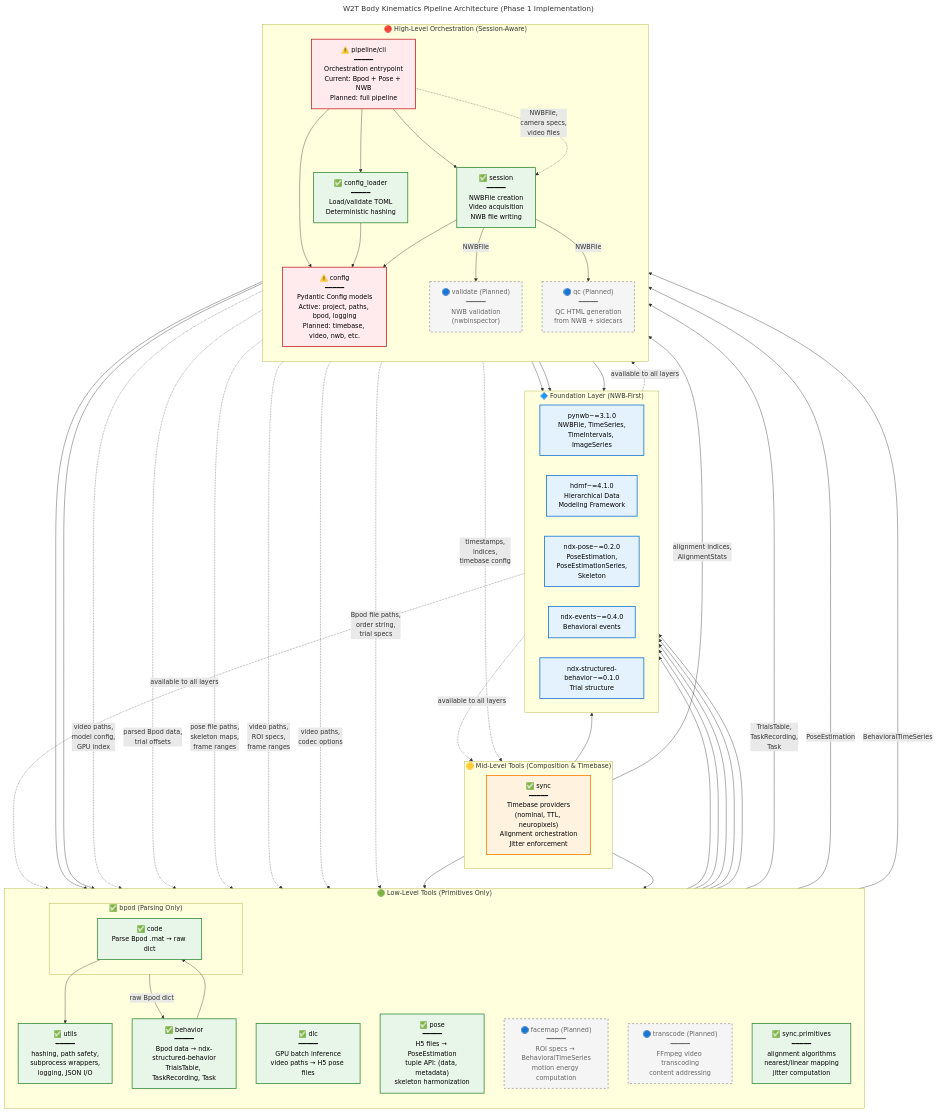
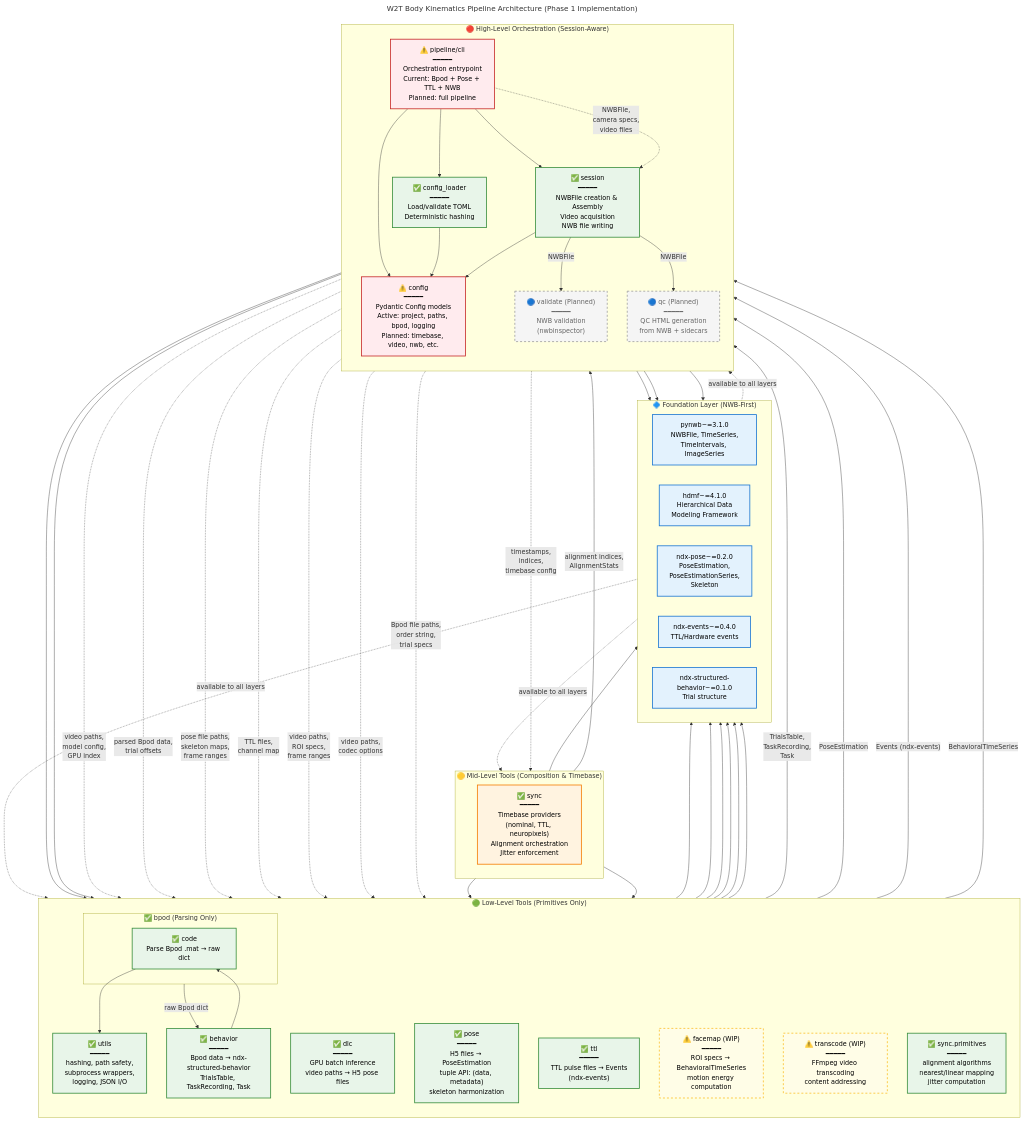
Before and after one commit to BorjaEst/w2t-bkin: the diagram in docs/architecture_diagram.mmd, drawn with Mermaid. The commit also changed 1 other file, not shown here.

Commit message:
Update architecture and design documentation: clarify implementation status and module roles

```diff
--- a/docs/architecture_diagram.mmd
+++ b/docs/architecture_diagram.mmd
@@ -1,157 +1,164 @@
 ---
 title: W2T Body Kinematics Pipeline Architecture (Phase 1 Implementation)
 ---
 graph TD
     %% ============================================================================
     %% LEGEND: Implementation Status
-    %% ✅ Implemented | ⚠️ Partial | 🔵 Planned
+    %% ✅ Implemented | ⚠️ Partial/WIP | 🔵 Planned
     %% ============================================================================
     
     %% ============================================================================
     %% FOUNDATION LAYER (NWB-First)
     %% External dependencies available to all layers
     %% ============================================================================
     subgraph Foundation["🔷 Foundation Layer (NWB-First)"]
         direction LR
         pynwb["pynwb~=3.1.0<br/>NWBFile, TimeSeries,<br/>TimeIntervals, ImageSeries"]
         hdmf["hdmf~=4.1.0<br/>Hierarchical Data<br/>Modeling Framework"]
         ndx_pose["ndx-pose~=0.2.0<br/>PoseEstimation,<br/>PoseEstimationSeries,<br/>Skeleton"]
-        ndx_events["ndx-events~=0.4.0<br/>Behavioral events"]
+        ndx_events["ndx-events~=0.4.0<br/>TTL/Hardware events"]
         ndx_behavior["ndx-structured-behavior~=0.1.0<br/>Trial structure"]
     end
 
     %% ============================================================================
     %% LOW-LEVEL LAYER
     %% Raw files + primitives → NWB-native structures
     %% NEVER imports config, Session, or Manifest
     %% ============================================================================
     subgraph LowLevel["🟢 Low-Level Tools (Primitives Only)"]
         direction TB
         
         utils["✅ utils<br/>━━━━━<br/>hashing, path safety,<br/>subprocess wrappers,<br/>logging, JSON I/O"]
         
         subgraph BpodModule["✅ bpod (Parsing Only)"]
             bpod_code["✅ code<br/>Parse Bpod .mat → raw dict"]
         end
         
         behavior["✅ behavior<br/>━━━━━<br/>Bpod data → ndx-structured-behavior<br/>TrialsTable, TaskRecording, Task"]
         
         dlc["✅ dlc<br/>━━━━━<br/>GPU batch inference<br/>video paths → H5 pose files"]
         
         pose["✅ pose<br/>━━━━━<br/>H5 files → PoseEstimation<br/>tuple API: (data, metadata)<br/>skeleton harmonization"]
         
-        facemap["🔵 facemap (Planned)<br/>━━━━━<br/>ROI specs → BehavioralTimeSeries<br/>motion energy computation"]
+        ttl["✅ ttl<br/>━━━━━<br/>TTL pulse files → Events<br/>(ndx-events)"]
+
+        facemap["⚠️ facemap (WIP)<br/>━━━━━<br/>ROI specs → BehavioralTimeSeries<br/>motion energy computation"]
         
-        transcode["🔵 transcode (Planned)<br/>━━━━━<br/>FFmpeg video transcoding<br/>content addressing"]
+        transcode["⚠️ transcode (WIP)<br/>━━━━━<br/>FFmpeg video transcoding<br/>content addressing"]
         
         sync_primitives["✅ sync.primitives<br/>━━━━━<br/>alignment algorithms<br/>nearest/linear mapping<br/>jitter computation"]
     end
 
     %% ============================================================================
     %% MID-LEVEL LAYER
     %% Composition + timebase, no TOML/filesystem knowledge
     %% ============================================================================
     subgraph MidLevel["🟡 Mid-Level Tools (Composition & Timebase)"]
         direction LR
         
         sync["✅ sync<br/>━━━━━<br/>Timebase providers<br/>(nominal, TTL, neuropixels)<br/>Alignment orchestration<br/>Jitter enforcement"]
     end
 
     %% ============================================================================
     %% HIGH-LEVEL LAYER
     %% Session-aware orchestration, owns Config/Session/filesystem
     %% ============================================================================
     subgraph HighLevel["🔴 High-Level Orchestration (Session-Aware)"]
         direction TB
         
         config_pkg["⚠️ config<br/>━━━━━<br/>Pydantic Config models<br/>Active: project, paths, bpod, logging<br/>Planned: timebase, video, nwb, etc."]
         
         config_loader["✅ config_loader<br/>━━━━━<br/>Load/validate TOML<br/>Deterministic hashing"]
         
-        session_mod["✅ session<br/>━━━━━<br/>NWBFile creation<br/>Video acquisition<br/>NWB file writing"]
+        session_mod["✅ session<br/>━━━━━<br/>NWBFile creation & Assembly<br/>Video acquisition<br/>NWB file writing"]
         
-        pipeline["⚠️ pipeline/cli<br/>━━━━━<br/>Orchestration entrypoint<br/>Current: Bpod + Pose + NWB<br/>Planned: full pipeline"]
+        pipeline["⚠️ pipeline/cli<br/>━━━━━<br/>Orchestration entrypoint<br/>Current: Bpod + Pose + TTL + NWB<br/>Planned: full pipeline"]
         
         validate["🔵 validate (Planned)<br/>━━━━━<br/>NWB validation<br/>(nwbinspector)"]
         
         qc["🔵 qc (Planned)<br/>━━━━━<br/>QC HTML generation<br/>from NWB + sidecars"]
     end
 
     %% ============================================================================
     %% SOLID ARROWS (→) - Direct module imports allowed
     %% ============================================================================
     
     %% Foundation → All Layers (available everywhere)
     Foundation -.->|"available to all layers"| LowLevel
     Foundation -.->|"available to all layers"| MidLevel
     Foundation -.->|"available to all layers"| HighLevel
     
     %% Low-level → Foundation + Utils
     utils --> Foundation
     bpod_code --> utils
     behavior --> Foundation
     behavior --> bpod_code
     dlc --> Foundation
     pose --> Foundation
+    ttl --> Foundation
     facemap --> Foundation
     
     %% Mid-level → Low-level + Foundation
     sync --> sync_primitives
     
     %% Mid-level → Low-level + Foundation
     sync --> sync_primitives
     sync --> Foundation
     
     %% High-level → Everything below
     config_loader --> config_pkg
     config_loader --> utils
     session_mod --> Foundation
     session_mod --> config_pkg
     pipeline --> config_pkg
     pipeline --> config_loader
     pipeline --> session_mod
     pipeline --> utils
     validate --> Foundation
     qc --> Foundation
 
     %% ============================================================================
     %% DOTTED ARROWS (-.→) - Orchestration calls with primitives only
     %% Pipeline calls low/mid-level with paths, strings, numbers (NO Session/Manifest)
     %% ============================================================================
     
     pipeline -.->|"video paths,<br/>model config,<br/>GPU index"| dlc
     pipeline -.->|"Bpod file paths,<br/>order string,<br/>trial specs"| BpodModule
     pipeline -.->|"parsed Bpod data,<br/>trial offsets"| behavior
     pipeline -.->|"pose file paths,<br/>skeleton maps,<br/>frame ranges"| pose
+    pipeline -.->|"TTL files,<br/>channel map"| ttl
     pipeline -.->|"video paths,<br/>ROI specs,<br/>frame ranges"| facemap
     pipeline -.->|"video paths,<br/>codec options"| transcode
     pipeline -.->|"timestamps,<br/>indices,<br/>timebase config"| sync
     pipeline -.->|"NWBFile,<br/>camera specs,<br/>video files"| session_mod
 
     %% ============================================================================
     %% DATA FLOW (NWB objects through system)
     %% ============================================================================
     
     BpodModule -->|"raw Bpod dict"| behavior
     behavior -->|"TrialsTable,<br/>TaskRecording,<br/>Task"| session_mod
     pose -->|"PoseEstimation"| session_mod
+    ttl -->|"Events (ndx-events)"| session_mod
     facemap -->|"BehavioralTimeSeries"| session_mod
     sync -->|"alignment indices,<br/>AlignmentStats"| session_mod
     session_mod -->|"NWBFile"| validate
     session_mod -->|"NWBFile"| qc
 
     %% ============================================================================
     %% STYLING
     %% ============================================================================
     
     classDef foundationStyle fill:#e3f2fd,stroke:#1976d2,stroke-width:2px,color:#000
     classDef lowLevelStyle fill:#e8f5e9,stroke:#388e3c,stroke-width:2px,color:#000
     classDef midLevelStyle fill:#fff3e0,stroke:#f57c00,stroke-width:2px,color:#000
     classDef highLevelStyle fill:#ffebee,stroke:#c62828,stroke-width:2px,color:#000
     classDef plannedStyle fill:#f5f5f5,stroke:#9e9e9e,stroke-width:2px,stroke-dasharray:5 5,color:#666
+    classDef wipStyle fill:#fffde7,stroke:#fbc02d,stroke-width:2px,stroke-dasharray:5 5,color:#000
     
     class pynwb,hdmf,ndx_pose,ndx_events,ndx_behavior foundationStyle
-    class utils,bpod_code,behavior,dlc,pose,sync_primitives,config_loader,session_mod lowLevelStyle
+    class utils,bpod_code,behavior,dlc,pose,ttl,sync_primitives,config_loader,session_mod lowLevelStyle
     class sync midLevelStyle
     class config_pkg,pipeline highLevelStyle
-    class facemap,transcode,validate,qc plannedStyle
+    class validate,qc plannedStyle
+    class facemap,transcode wipStyle
```
